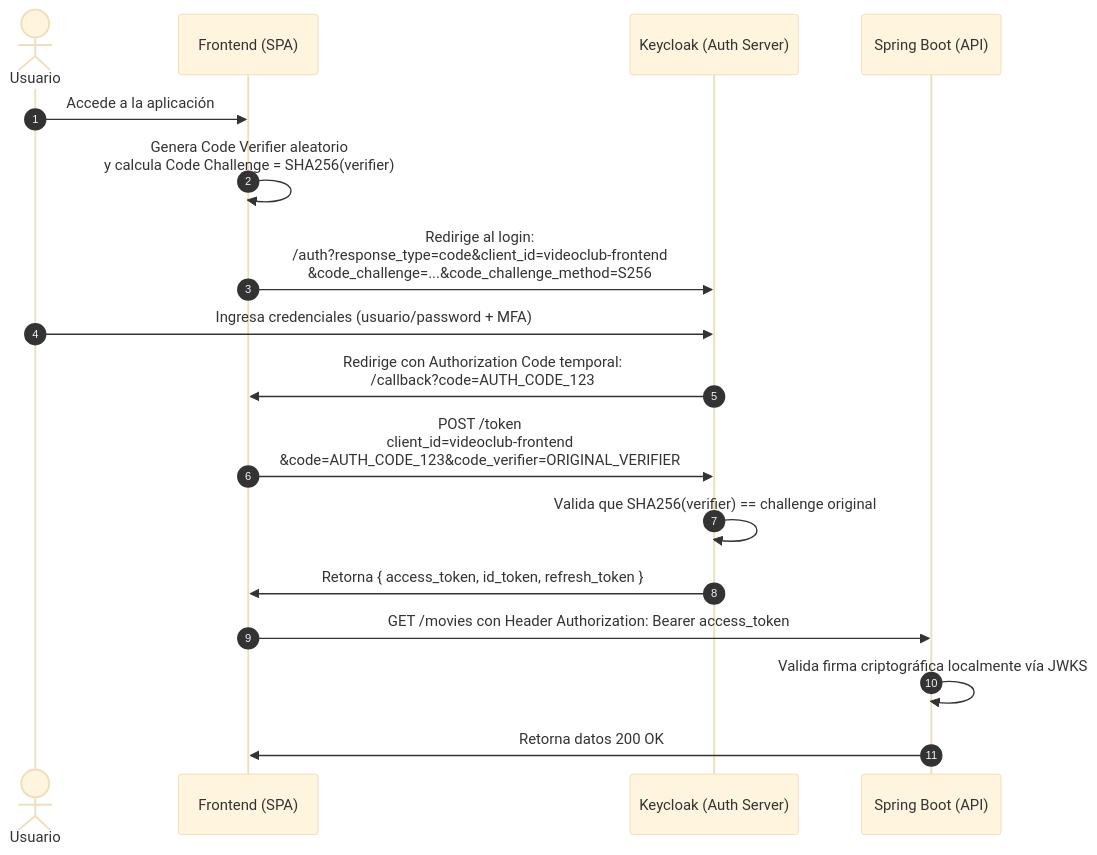
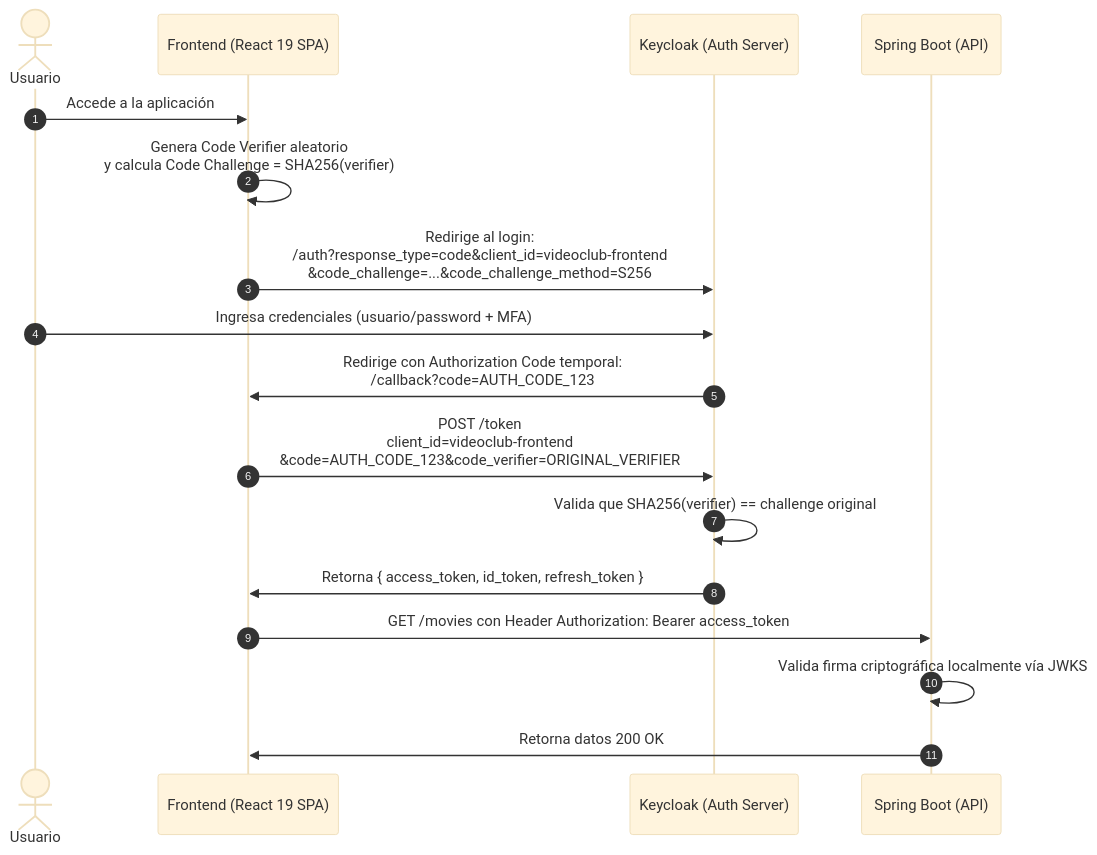
Before and after one commit to hmunoz/springboot-sso: the third of 8 diagrams in docs/seguridad-oauth2-openid-connect-keycloak.md, drawn with Mermaid (base theme). The commit also changed other lines of this file, not shown here.

````diff
--- a/docs/seguridad-oauth2-openid-connect-keycloak.md
+++ b/docs/seguridad-oauth2-openid-connect-keycloak.md
@@ -98,20 +103,20 @@
 ```mermaid
 sequenceDiagram
     autonumber
     actor Usuario
-    participant SPA as Frontend (SPA)
+    participant SPA as Frontend (React 19 SPA)
     participant Keycloak as Keycloak (Auth Server)
     participant API as Spring Boot (API)
 
     Usuario->>SPA: Accede a la aplicación
     SPA->>SPA: Genera Code Verifier aleatorio<br/>y calcula Code Challenge = SHA256(verifier)
     SPA->>Keycloak: Redirige al login:<br/>/auth?response_type=code&client_id=videoclub-frontend<br/>&code_challenge=...&code_challenge_method=S256
     Usuario->>Keycloak: Ingresa credenciales (usuario/password + MFA)
     Keycloak->>SPA: Redirige con Authorization Code temporal:<br/>/callback?code=AUTH_CODE_123
     SPA->>Keycloak: POST /token<br/>client_id=videoclub-frontend<br/>&code=AUTH_CODE_123&code_verifier=ORIGINAL_VERIFIER
     Keycloak->>Keycloak: Valida que SHA256(verifier) == challenge original
     Keycloak->>SPA: Retorna { access_token, id_token, refresh_token }
     SPA->>API: GET /movies con Header Authorization: Bearer access_token
     API->>API: Valida firma criptográfica localmente vía JWKS
     API->>SPA: Retorna datos 200 OK
 ```
````
